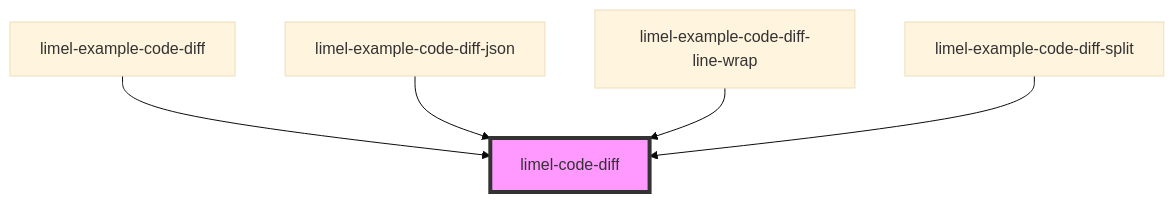
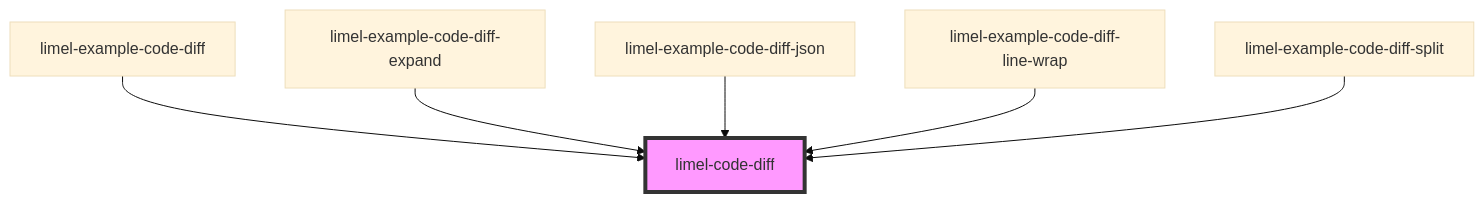
One commit to Lundalogik/lime-elements changed the diagram in versions/PR-3949/markdown-docs/components/code-diff/readme.md. Above: the diagram before and after it, drawn with Mermaid (base theme). The commit also changed other lines of this file and 392 other files, not shown here.

````diff
--- a/versions/PR-3949/markdown-docs/components/code-diff/readme.md
+++ b/versions/PR-3949/markdown-docs/components/code-diff/readme.md
@@ -40,8 +41,9 @@
 ```mermaid
 graph TD;
   limel-example-code-diff --> limel-code-diff
+  limel-example-code-diff-expand --> limel-code-diff
   limel-example-code-diff-json --> limel-code-diff
   limel-example-code-diff-line-wrap --> limel-code-diff
   limel-example-code-diff-split --> limel-code-diff
   style limel-code-diff fill:#f9f,stroke:#333,stroke-width:4px
 ```
````
